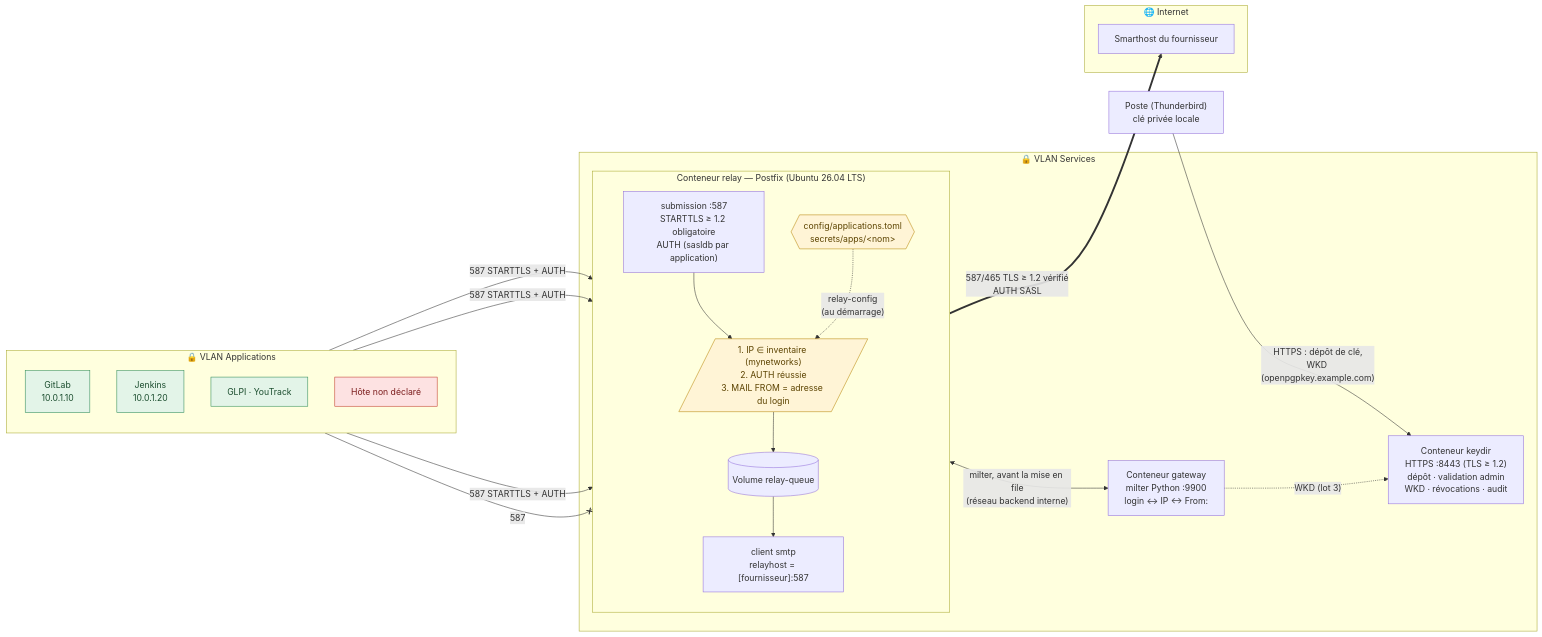
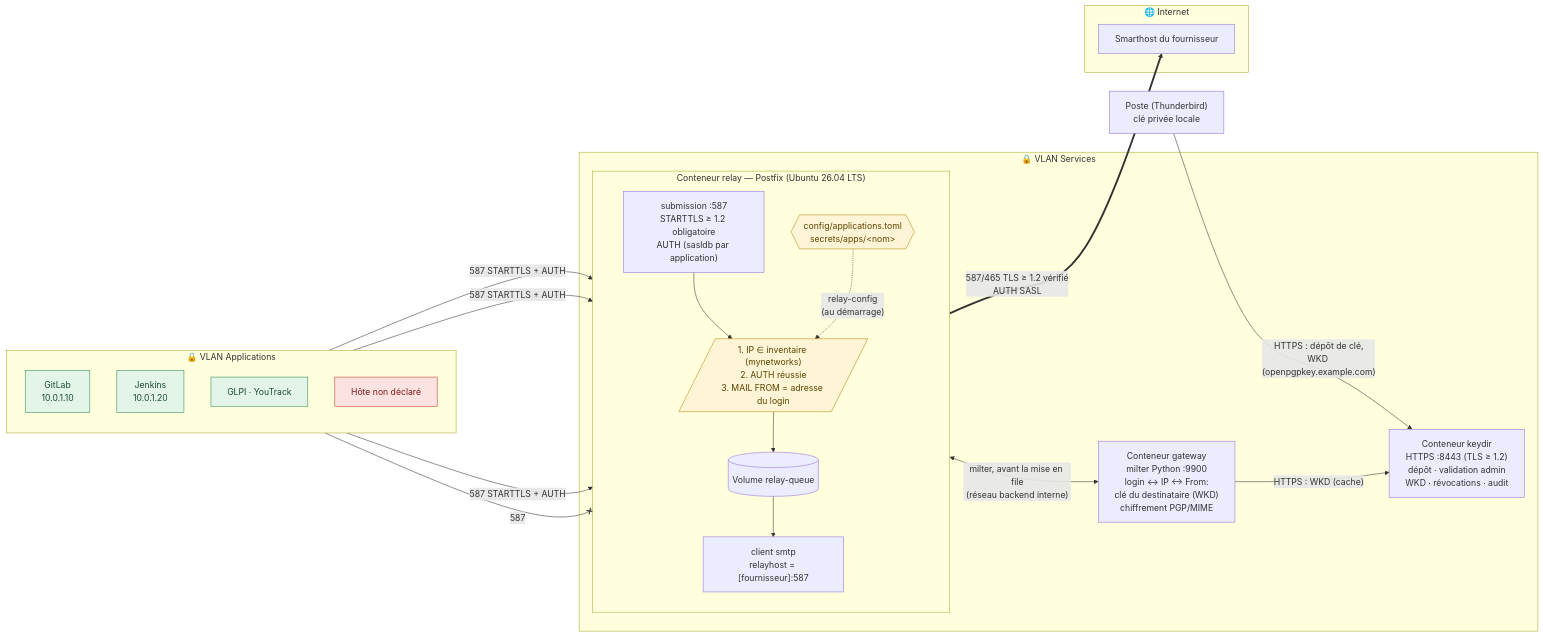
Before and after one commit to kosaar/relai-smtp: the first of 3 diagrams in docs/architecture.md, drawn with Mermaid. The commit also changed other lines of this file and 35 other files, not shown here.

````diff
--- a/docs/architecture.md
+++ b/docs/architecture.md
@@ -11,45 +11,45 @@
 ```mermaid
 flowchart LR
     subgraph APPS["🔒 VLAN Applications"]
         direction TB
         GL["GitLab<br/>10.0.1.10"]
         JK["Jenkins<br/>10.0.1.20"]
         GP["GLPI · YouTrack"]
         UNK["Hôte non déclaré"]
     end
 
     subgraph SVC["🔒 VLAN Services"]
         subgraph RELAY["Conteneur relay — Postfix (Ubuntu 26.04 LTS)"]
             direction TB
             SMTPD["submission :587<br/>STARTTLS ≥ 1.2 obligatoire<br/>AUTH (sasldb par application)"]
             ACL[/"1. IP ∈ inventaire (mynetworks)<br/>2. AUTH réussie<br/>3. MAIL FROM = adresse du login"/]
             Q[("Volume relay-queue")]
             SMTP["client smtp<br/>relayhost = [fournisseur]:587"]
             INV{{"config/applications.toml<br/>secrets/apps/&lt;nom&gt;"}}
             SMTPD --> ACL --> Q --> SMTP
             INV -. "relay-config<br/>(au démarrage)" .-> ACL
         end
-        GW["Conteneur gateway<br/>milter Python :9900<br/>login ↔ IP ↔ From:"]
+        GW["Conteneur gateway<br/>milter Python :9900<br/>login ↔ IP ↔ From:<br/>clé du destinataire (WKD)<br/>chiffrement PGP/MIME"]
         KD["Conteneur keydir<br/>HTTPS :8443 (TLS ≥ 1.2)<br/>dépôt · validation admin<br/>WKD · révocations · audit"]
     end
 
     TB["Poste (Thunderbird)<br/>clé privée locale"]
 
     subgraph NET["🌐 Internet"]
         MTA["Smarthost du fournisseur"]
     end
 
     GL & JK & GP -- "587 STARTTLS + AUTH" --> SMTPD
     UNK -- "587" --x SMTPD
     ACL <-- "milter, avant la mise en file<br/>(réseau backend interne)" --> GW
     SMTP == "587/465 TLS ≥ 1.2 vérifié<br/>AUTH SASL" ==> MTA
     TB -- "HTTPS : dépôt de clé,<br/>WKD (openpgpkey.example.com)" --> KD
-    GW -. "WKD (lot 3)" .-> KD
+    GW -- "HTTPS : WKD (cache)" --> KD
 
     classDef deny fill:#fde2e2,stroke:#c0392b,color:#7b1d1d;
     classDef ok fill:#e3f4e8,stroke:#2e8b57,color:#1b4d2e;
     classDef sec fill:#fff4d6,stroke:#b8860b,color:#5c4300;
     class UNK deny;
     class GL,JK,GP ok;
     class INV,ACL sec;
 ```
````
